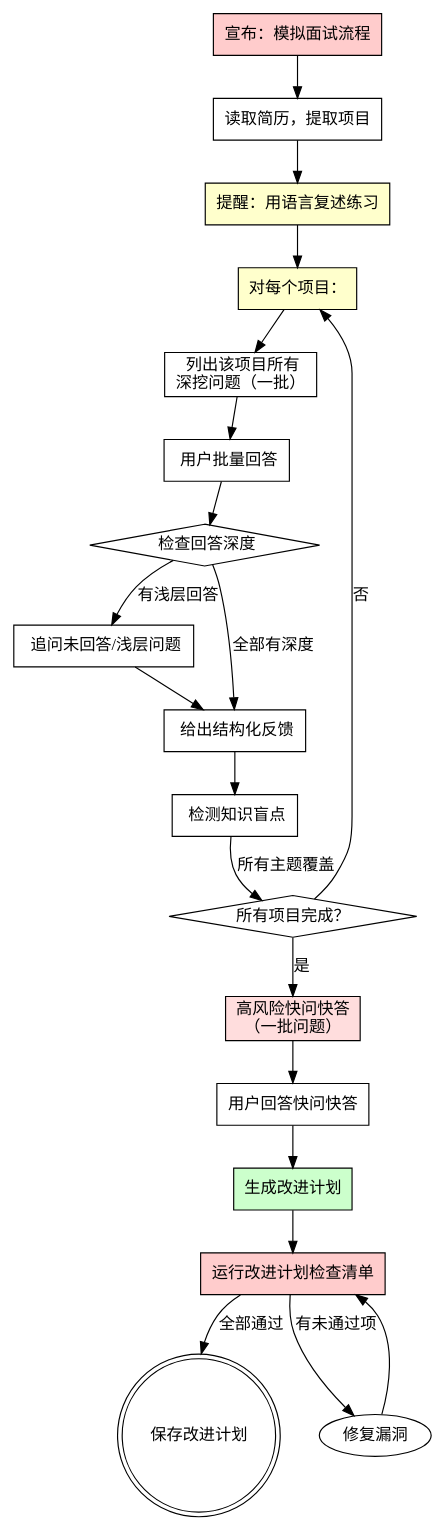
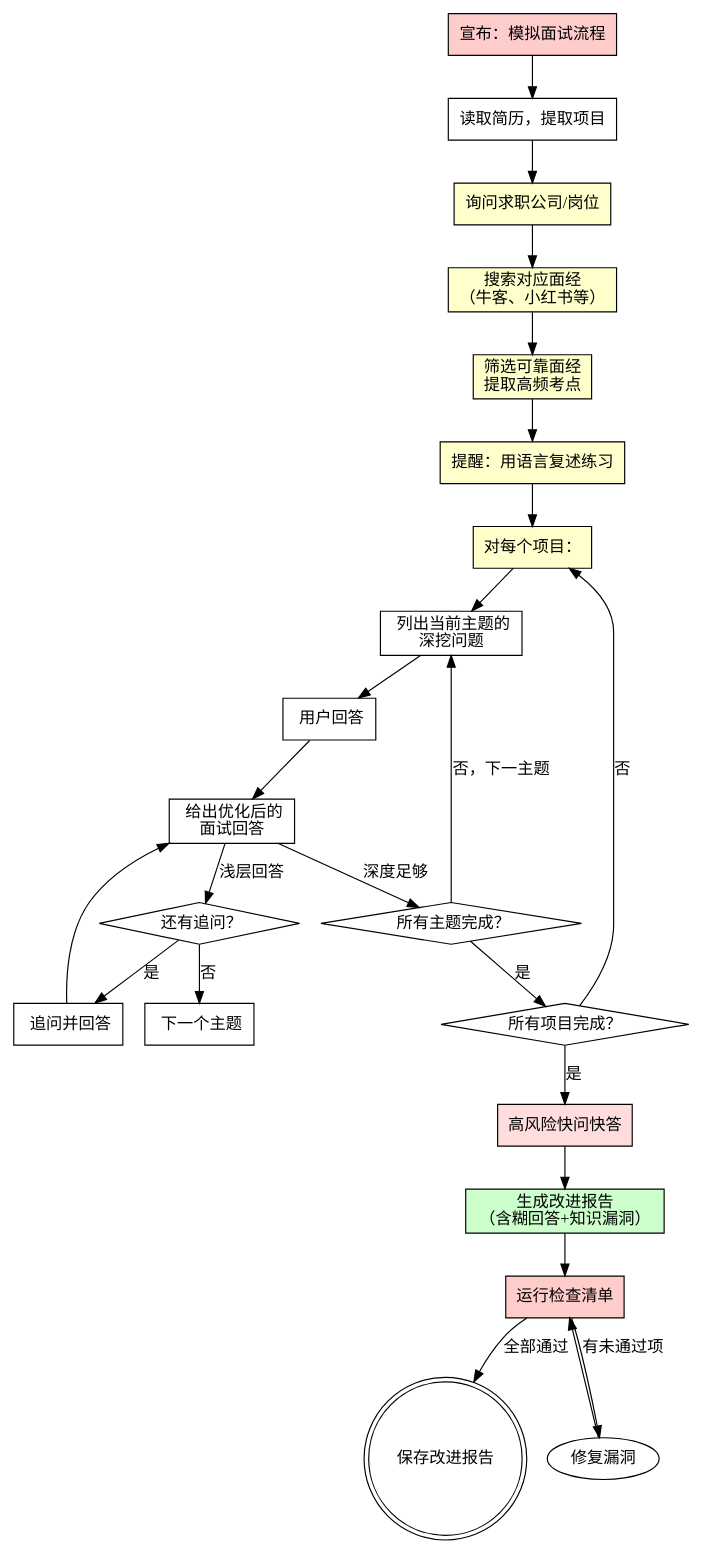
One commit to Wood-Q/Mokio-Interview-Skill changed the diagram in skills/mokio-interview-skill/mock-interview.md. Above: the diagram before and after it, drawn with Graphviz. The commit also changed other lines of this file and 1 other file, not shown here.

````diff
--- a/skills/mokio-interview-skill/mock-interview.md
+++ b/skills/mokio-interview-skill/mock-interview.md
@@ -33,41 +35,48 @@
 ```dot
 digraph mock_interview {
     rankdir=TB;
     "宣布：模拟面试流程" [shape=box, style=filled, fillcolor="#ffcccc"];
     "读取简历，提取项目" [shape=box];
+    "询问求职公司/岗位" [shape=box, style=filled, fillcolor="#ffffcc"];
+    "搜索对应面经\n（牛客、小红书等）" [shape=box, style=filled, fillcolor="#ffffcc"];
+    "筛选可靠面经\n提取高频考点" [shape=box, style=filled, fillcolor="#ffffcc"];
     "提醒：用语言复述练习" [shape=box, style=filled, fillcolor="#ffffcc"];
     "对每个项目：" [shape=box, style=filled, fillcolor="#ffffcc"];
-    "  列出该项目所有\n深挖问题（一批）" [shape=box];
-    "  用户批量回答" [shape=box];
-    "  检查回答深度" [shape=diamond];
-    "  追问未回答/浅层问题" [shape=box];
-    "  给出结构化反馈" [shape=box];
-    "  检测知识盲点" [shape=box];
+    "  列出当前主题的\n深挖问题" [shape=box];
+    "  用户回答" [shape=box];
+    "  给出优化后的\n面试回答" [shape=box];
+    "  还有追问？" [shape=diamond];
+    "  追问并回答" [shape=box];
+    "  下一个主题" [shape=box];
+    "  所有主题完成？" [shape=diamond];
     "所有项目完成？" [shape=diamond];
-    "高风险快问快答\n（一批问题）" [shape=box, style=filled, fillcolor="#ffdddd"];
-    "用户回答快问快答" [shape=box];
-    "生成改进计划" [shape=box, style=filled, fillcolor="#ccffcc"];
-    "运行改进计划检查清单" [shape=box, style=filled, fillcolor="#ffcccc"];
-    "保存改进计划" [shape=doublecircle];
+    "高风险快问快答" [shape=box, style=filled, fillcolor="#ffdddd"];
+    "生成改进报告\n（含糊回答+知识漏洞）" [shape=box, style=filled, fillcolor="#ccffcc"];
+    "运行检查清单" [shape=box, style=filled, fillcolor="#ffcccc"];
+    "保存改进报告" [shape=doublecircle];
 
     "宣布：模拟面试流程" -> "读取简历，提取项目";
-    "读取简历，提取项目" -> "提醒：用语言复述练习";
+    "读取简历，提取项目" -> "询问求职公司/岗位";
+    "询问求职公司/岗位" -> "搜索对应面经\n（牛客、小红书等）";
+    "搜索对应面经\n（牛客、小红书等）" -> "筛选可靠面经\n提取高频考点";
+    "筛选可靠面经\n提取高频考点" -> "提醒：用语言复述练习";
     "提醒：用语言复述练习" -> "对每个项目：";
-    "对每个项目：" -> "  列出该项目所有\n深挖问题（一批）";
-    "  列出该项目所有\n深挖问题（一批）" -> "  用户批量回答";
-    "  用户批量回答" -> "  检查回答深度";
-    "  检查回答深度" -> "  追问未回答/浅层问题" [label="有浅层回答"];
-    "  检查回答深度" -> "  给出结构化反馈" [label="全部有深度"];
-    "  追问未回答/浅层问题" -> "  给出结构化反馈";
-    "  给出结构化反馈" -> "  检测知识盲点";
-    "  检测知识盲点" -> "所有项目完成？" [label="所有主题覆盖"];
+    "对每个项目：" -> "  列出当前主题的\n深挖问题";
+    "  列出当前主题的\n深挖问题" -> "  用户回答";
+    "  用户回答" -> "  给出优化后的\n面试回答";
+    "  给出优化后的\n面试回答" -> "  还有追问？" [label="浅层回答"];
+    "  还有追问？" -> "  追问并回答" [label="是"];
+    "  还有追问？" -> "  下一个主题" [label="否"];
+    "  追问并回答" -> "  给出优化后的\n面试回答";
+    "  给出优化后的\n面试回答" -> "  所有主题完成？" [label="深度足够"];
+    "  所有主题完成？" -> "  列出当前主题的\n深挖问题" [label="否，下一主题"];
+    "  所有主题完成？" -> "所有项目完成？" [label="是"];
     "所有项目完成？" -> "对每个项目：" [label="否"];
-    "所有项目完成？" -> "高风险快问快答\n（一批问题）" [label="是"];
-    "高风险快问快答\n（一批问题）" -> "用户回答快问快答";
-    "用户回答快问快答" -> "生成改进计划";
-    "生成改进计划" -> "运行改进计划检查清单";
-    "运行改进计划检查清单" -> "保存改进计划" [label="全部通过"];
-    "运行改进计划检查清单" -> "修复漏洞" [label="有未通过项"];
-    "修复漏洞" -> "运行改进计划检查清单";
+    "所有项目完成？" -> "高风险快问快答" [label="是"];
+    "高风险快问快答" -> "生成改进报告\n（含糊回答+知识漏洞）";
+    "生成改进报告\n（含糊回答+知识漏洞）" -> "运行检查清单";
+    "运行检查清单" -> "保存改进报告" [label="全部通过"];
+    "运行检查清单" -> "修复漏洞" [label="有未通过项"];
+    "修复漏洞" -> "运行检查清单";
 }
 ```
````
